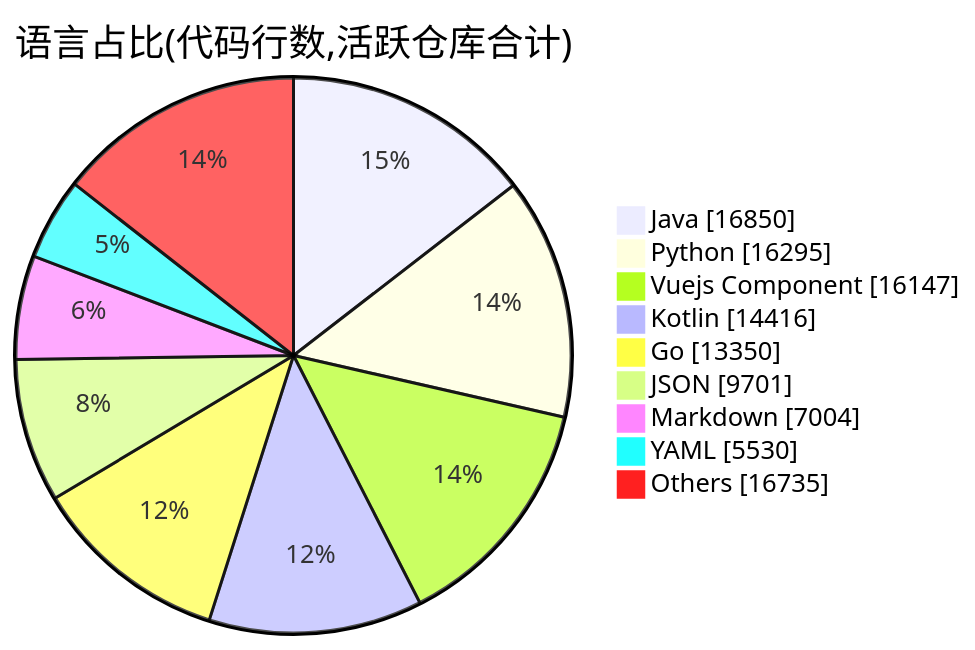
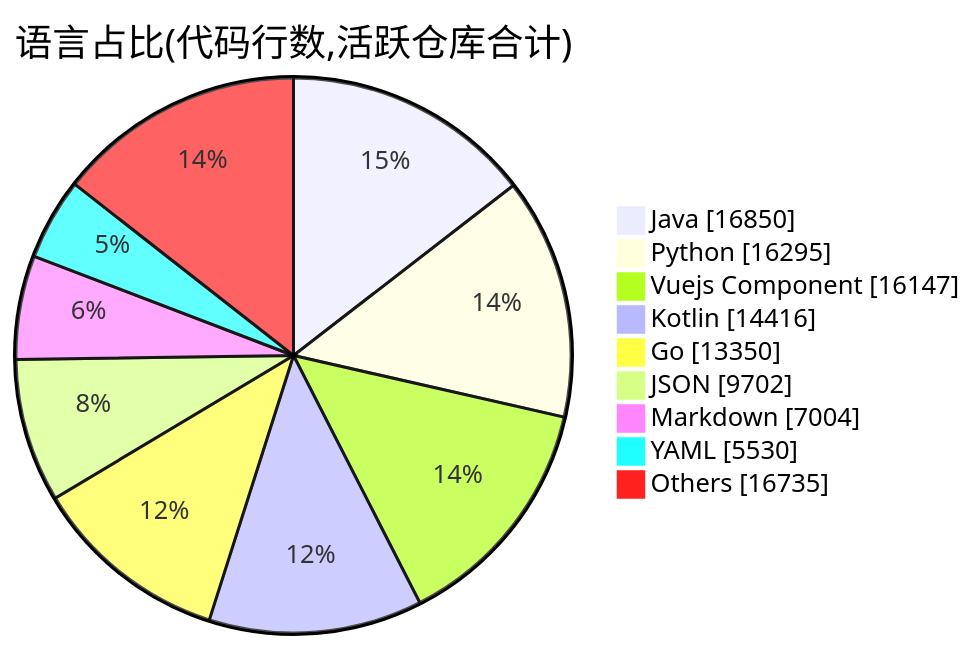
One commit to Conflux-Union/.github changed the second of 2 diagrams in profile/README.md. Above: the diagram before and after it, drawn with Mermaid. The commit also changed other lines of this file and 1 other file, not shown here.

````diff
--- a/profile/README.md
+++ b/profile/README.md
@@ -78,13 +78,13 @@
 ```mermaid
 pie showData
     title 语言占比(代码行数,活跃仓库合计)
     "Java" : 16850
     "Python" : 16295
     "Vuejs Component" : 16147
     "Kotlin" : 14416
     "Go" : 13350
-    "JSON" : 9701
+    "JSON" : 9702
     "Markdown" : 7004
     "YAML" : 5530
     "Others" : 16735
 ```
````
